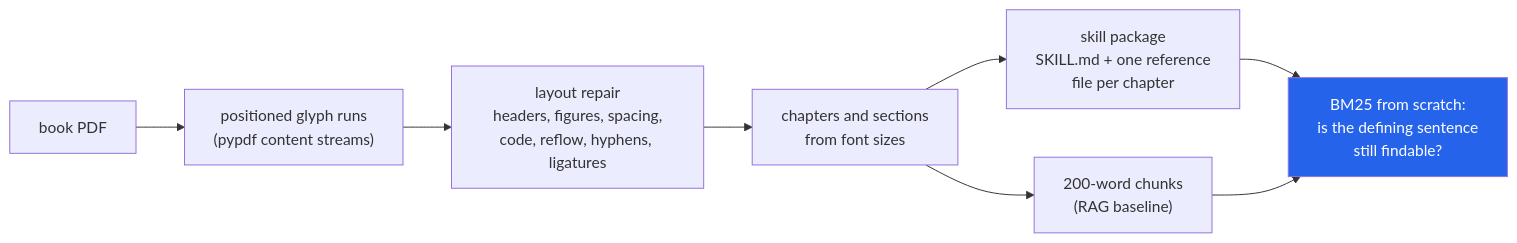
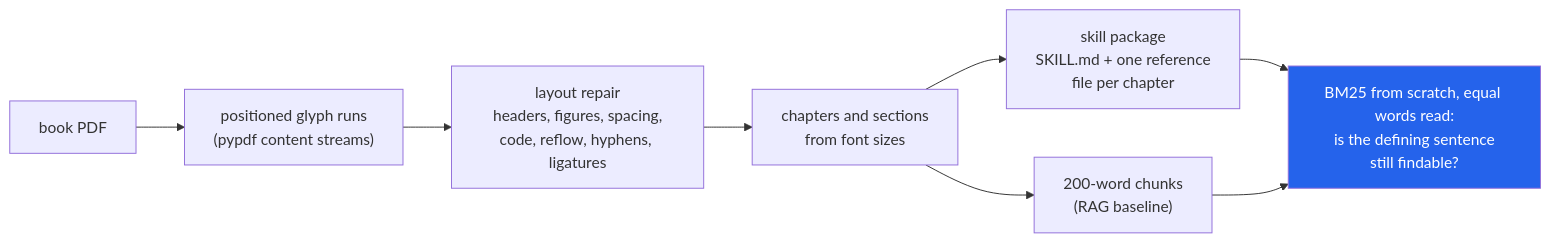
The diagram in README.md (hammasbuilds/book-to-skill), drawn with Mermaid before and after one commit. The commit also changed other lines of this file and 3 other files, not shown here.

````diff
--- a/README.md
+++ b/README.md
@@ -27,12 +27,12 @@
 ```mermaid
 flowchart LR
     A["book PDF"] --> B["positioned glyph runs<br/>(pypdf content streams)"]
     B --> C["layout repair<br/>headers, figures, spacing,<br/>code, reflow, hyphens, ligatures"]
     C --> D["chapters and sections<br/>from font sizes"]
     D --> E["skill package<br/>SKILL.md + one reference<br/>file per chapter"]
     D --> F["200-word chunks<br/>(RAG baseline)"]
-    E --> G["BM25 from scratch:<br/>is the defining sentence<br/>still findable?"]
+    E --> G["BM25 from scratch, equal words read:<br/>is the defining sentence<br/>still findable?"]
     F --> G
 
     style G fill:#2563eb,color:#fff
 ```
````
